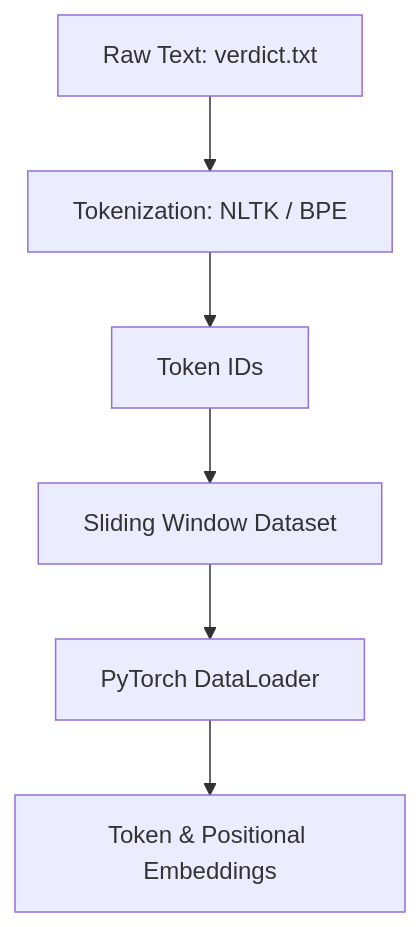
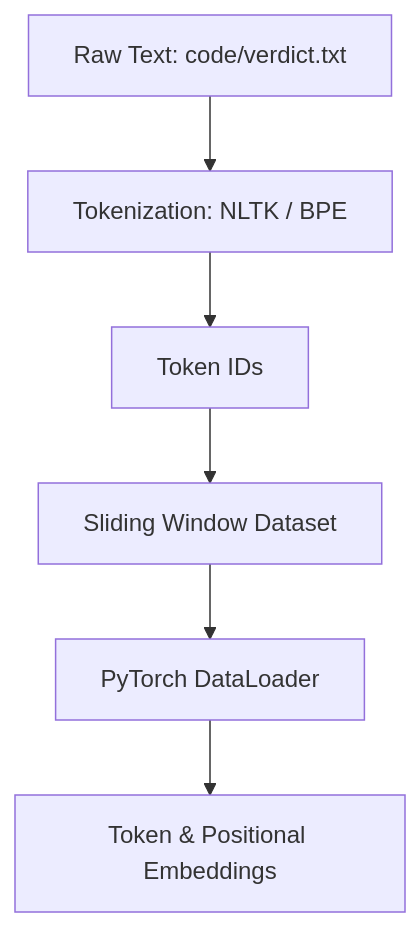
The diagram in README.md (Neelesh2133/LLM), drawn with Mermaid before and after one commit. The commit also changed other lines of this file and 7 other files, not shown here.

````diff
--- a/README.md
+++ b/README.md
@@ -26,8 +45,8 @@
 ```mermaid
 graph TD
-    RawText[Raw Text: verdict.txt] --> Tokenizer[Tokenization: NLTK / BPE]
+    RawText[Raw Text: code/verdict.txt] --> Tokenizer[Tokenization: NLTK / BPE]
     Tokenizer --> TokenIDs[Token IDs]
     TokenIDs --> SlidingWindow[Sliding Window Dataset]
     SlidingWindow --> DataLoader[PyTorch DataLoader]
     DataLoader --> Embeddings[Token & Positional Embeddings]
 ```
````
